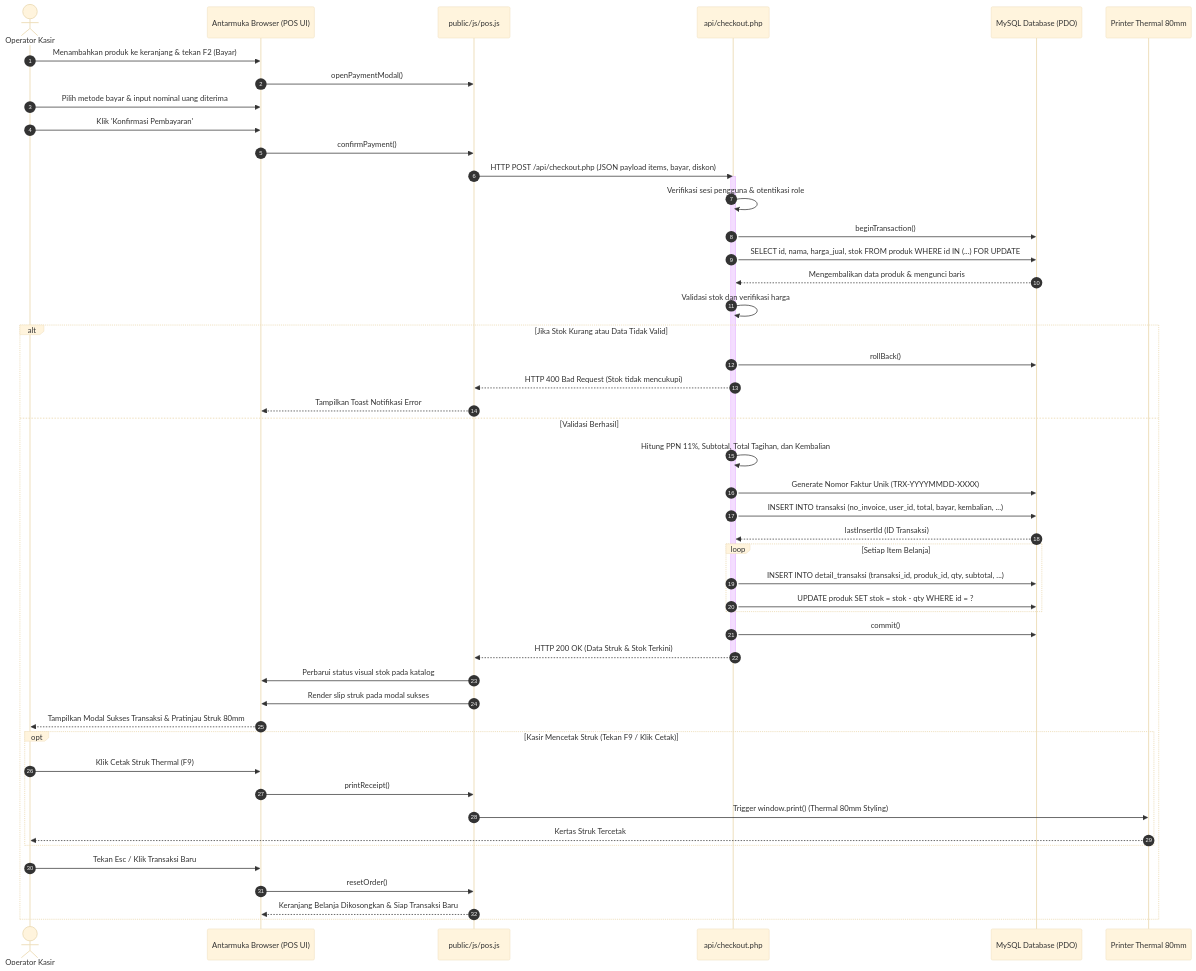
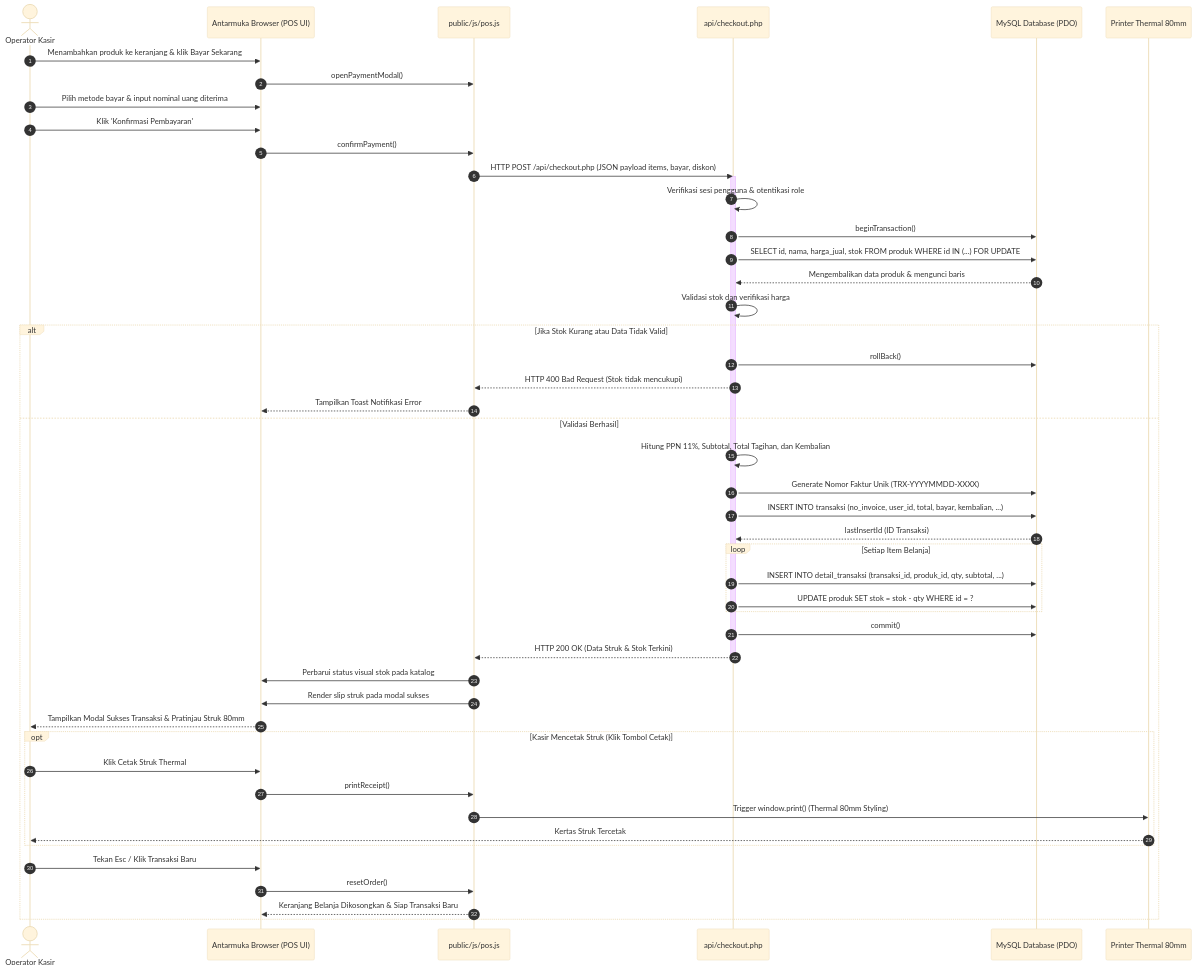
Before and after one commit to AhnafZakhy3/web_ukk: the tenth of 12 diagrams in DOKUMENTASI_PROYEK.md, drawn with Mermaid (base theme). The commit also changed other lines of this file and 16 other files, not shown here.

````diff
--- a/DOKUMENTASI_PROYEK.md
+++ b/DOKUMENTASI_PROYEK.md
@@ -751,59 +750,59 @@
 ```mermaid
 sequenceDiagram
     autonumber
     actor Kasir as Operator Kasir
     participant UI as Antarmuka Browser (POS UI)
     participant Script as public/js/pos.js
     participant API as api/checkout.php
     participant DB as MySQL Database (PDO)
     participant Printer as Printer Thermal 80mm
 
-    Kasir->>UI: Menambahkan produk ke keranjang & tekan F2 (Bayar)
+    Kasir->>UI: Menambahkan produk ke keranjang & klik Bayar Sekarang
     UI->>Script: openPaymentModal()
     Kasir->>UI: Pilih metode bayar & input nominal uang diterima
     Kasir->>UI: Klik 'Konfirmasi Pembayaran'
     UI->>Script: confirmPayment()
     Script->>API: HTTP POST /api/checkout.php (JSON payload items, bayar, diskon)
     
     activate API
     API->>API: Verifikasi sesi pengguna & otentikasi role
     API->>DB: beginTransaction()
     API->>DB: SELECT id, nama, harga_jual, stok FROM produk WHERE id IN (...) FOR UPDATE
     DB-->>API: Mengembalikan data produk & mengunci baris
     
     API->>API: Validasi stok dan verifikasi harga
     alt Jika Stok Kurang atau Data Tidak Valid
         API->>DB: rollBack()
         API-->>Script: HTTP 400 Bad Request (Stok tidak mencukupi)
         Script-->>UI: Tampilkan Toast Notifikasi Error
     else Validasi Berhasil
         API->>API: Hitung PPN 11%, Subtotal, Total Tagihan, dan Kembalian
         API->>DB: Generate Nomor Faktur Unik (TRX-YYYYMMDD-XXXX)
         API->>DB: INSERT INTO transaksi (no_invoice, user_id, total, bayar, kembalian, ...)
         DB-->>API: lastInsertId (ID Transaksi)
         
         loop Setiap Item Belanja
             API->>DB: INSERT INTO detail_transaksi (transaksi_id, produk_id, qty, subtotal, ...)
             API->>DB: UPDATE produk SET stok = stok - qty WHERE id = ?
         end
         
         API->>DB: commit()
         API-->>Script: HTTP 200 OK (Data Struk & Stok Terkini)
         deactivate API
         
         Script->>UI: Perbarui status visual stok pada katalog
         Script->>UI: Render slip struk pada modal sukses
         UI-->>Kasir: Tampilkan Modal Sukses Transaksi & Pratinjau Struk 80mm
         
-        opt Kasir Mencetak Struk (Tekan F9 / Klik Cetak)
-            Kasir->>UI: Klik Cetak Struk Thermal (F9)
+        opt Kasir Mencetak Struk (Klik Tombol Cetak)
+            Kasir->>UI: Klik Cetak Struk Thermal
             UI->>Script: printReceipt()
             Script->>Printer: Trigger window.print() (Thermal 80mm Styling)
             Printer-->>Kasir: Kertas Struk Tercetak
         end
         
         Kasir->>UI: Tekan Esc / Klik Transaksi Baru
         UI->>Script: resetOrder()
         Script-->>UI: Keranjang Belanja Dikosongkan & Siap Transaksi Baru
     end
 ```
````
